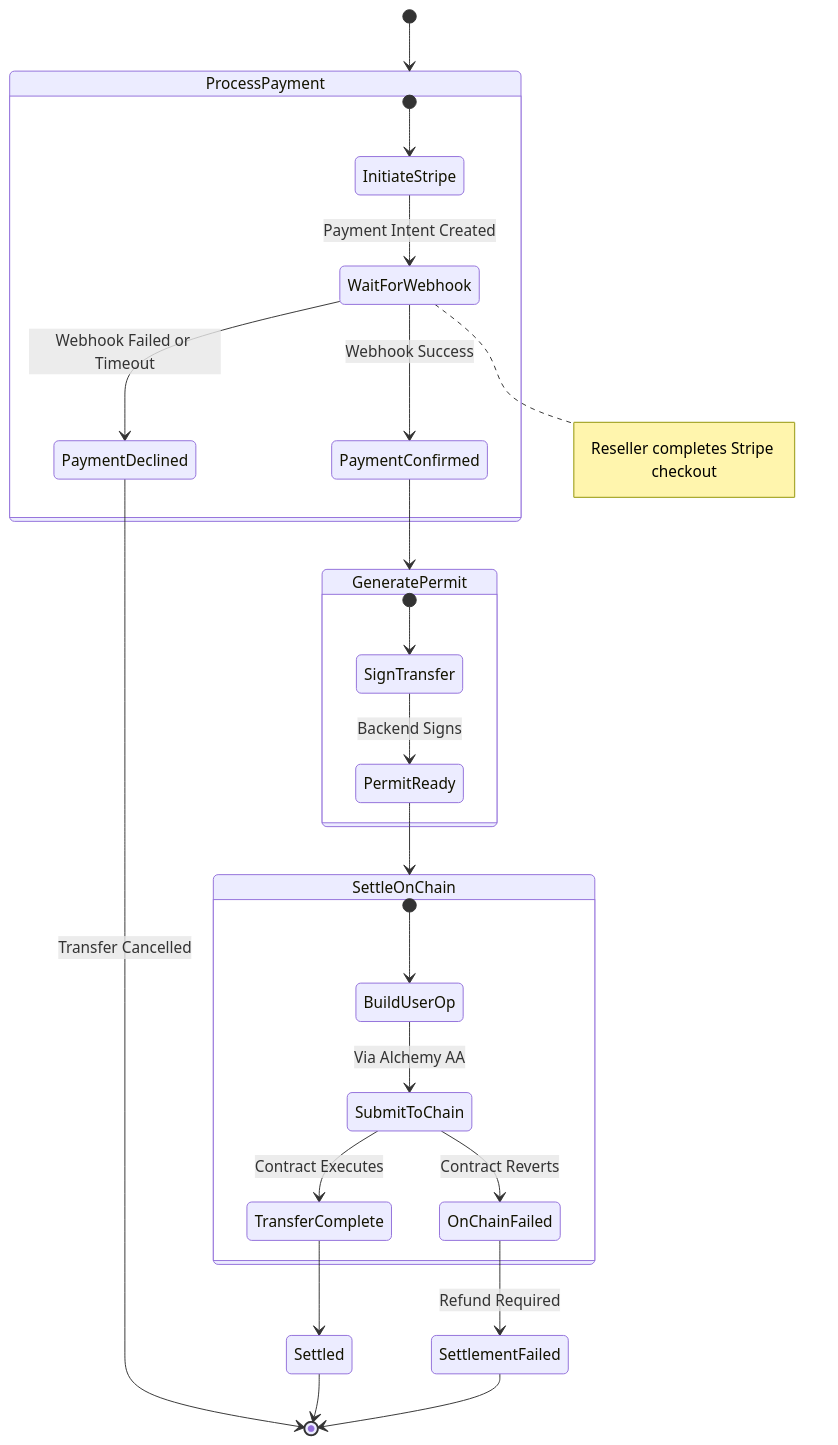
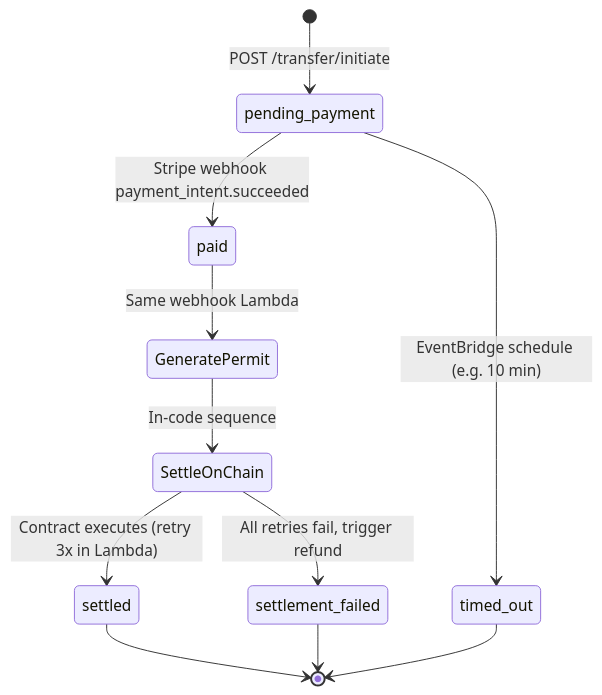
One commit to ChangoBuitrago/vantage changed the second of 7 diagrams in vantage-technical-spec-v2.0.md. Above: the diagram before and after it, drawn with Mermaid. The commit also changed other lines of this file and 3 other files, not shown here.

````diff
--- a/vantage-technical-spec-v2.0.md
+++ b/vantage-technical-spec-v2.0.md
@@ -109,35 +156,16 @@
 ```mermaid
 stateDiagram-v2
-    [*] --> ProcessPayment
-    
-    state ProcessPayment {
-        [*] --> InitiateStripe
-        InitiateStripe --> WaitForWebhook : Payment Intent Created
-        note right of WaitForWebhook : Reseller completes Stripe checkout
-        WaitForWebhook --> PaymentConfirmed : Webhook Success
-        WaitForWebhook --> PaymentDeclined : Webhook Failed or Timeout
-    }
+    [*] --> pending_payment : POST /transfer/initiate
 
-    PaymentConfirmed --> GeneratePermit
-    PaymentDeclined --> [*] : Transfer Cancelled
-    
-    state GeneratePermit {
-        [*] --> SignTransfer
-        SignTransfer --> PermitReady : Backend Signs
-    }
+    pending_payment --> paid : Stripe webhook payment_intent.succeeded
+    pending_payment --> timed_out : EventBridge schedule (e.g. 10 min)
 
-    PermitReady --> SettleOnChain
-    
-    state SettleOnChain {
-        [*] --> BuildUserOp
-        BuildUserOp --> SubmitToChain : Via Alchemy AA
-        SubmitToChain --> TransferComplete : Contract Executes
-        SubmitToChain --> OnChainFailed : Contract Reverts
-    }
+    paid --> GeneratePermit : Same webhook Lambda
+    GeneratePermit --> SettleOnChain : In-code sequence
+    SettleOnChain --> settled : Contract executes (retry 3x in Lambda)
+    SettleOnChain --> settlement_failed : All retries fail, trigger refund
 
-    TransferComplete --> Settled
-    OnChainFailed --> SettlementFailed : Refund Required
-    
-    Settled --> [*]
-    SettlementFailed --> [*]
+    settled --> [*]
+    settlement_failed --> [*]
+    timed_out --> [*]
 ```
````
